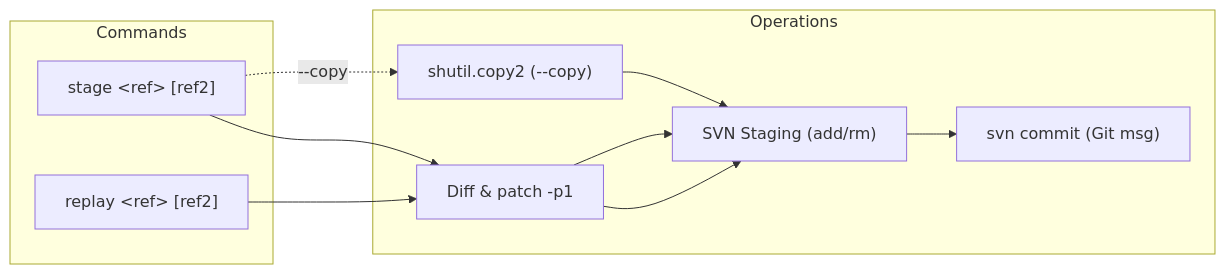
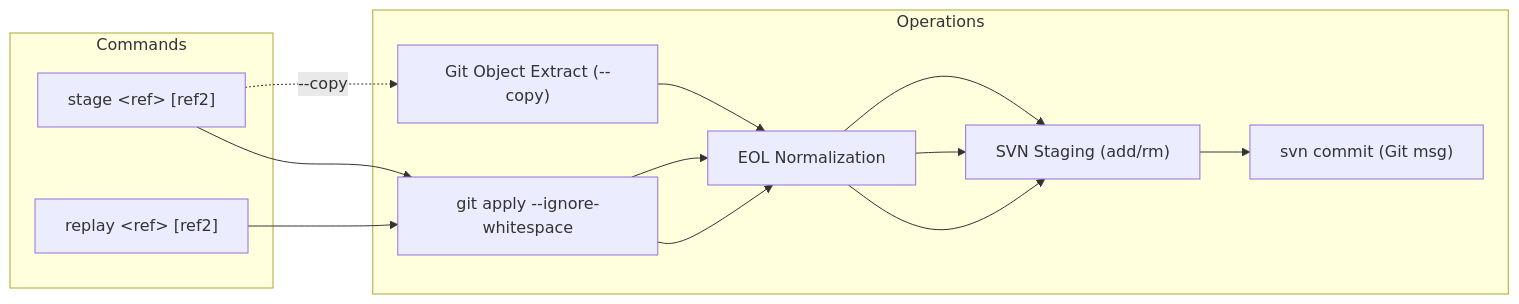
The second of 2 diagrams in README.md (simon123h/git2svn), drawn with Mermaid before and after one commit. The commit also changed other lines of this file and 2 other files, not shown here.

Commit message:
feat(patch): replace patch with git apply and add EOL normalization

````diff
--- a/README.md
+++ b/README.md
@@ -38,18 +42,19 @@
 ```mermaid
 flowchart LR
     subgraph Commands
         ST["stage &lt;ref&gt; [ref2]"]
         RP["replay &lt;ref&gt; [ref2]"]
     end
 
     subgraph Operations
-        P["Diff & patch -p1"]
-        C["shutil.copy2 (--copy)"]
+        P["git apply --ignore-whitespace"]
+        C["Git Object Extract (--copy)"]
+        E["EOL Normalization"]
         S["SVN Staging (add/rm)"]
         CM["svn commit (Git msg)"]
     end
 
-    ST --> P --> S
-    ST -.->|--copy| C --> S
-    RP --> P --> S --> CM
+    ST --> P --> E --> S
+    ST -.->|--copy| C --> E --> S
+    RP --> P --> E --> S --> CM
 ```
````
